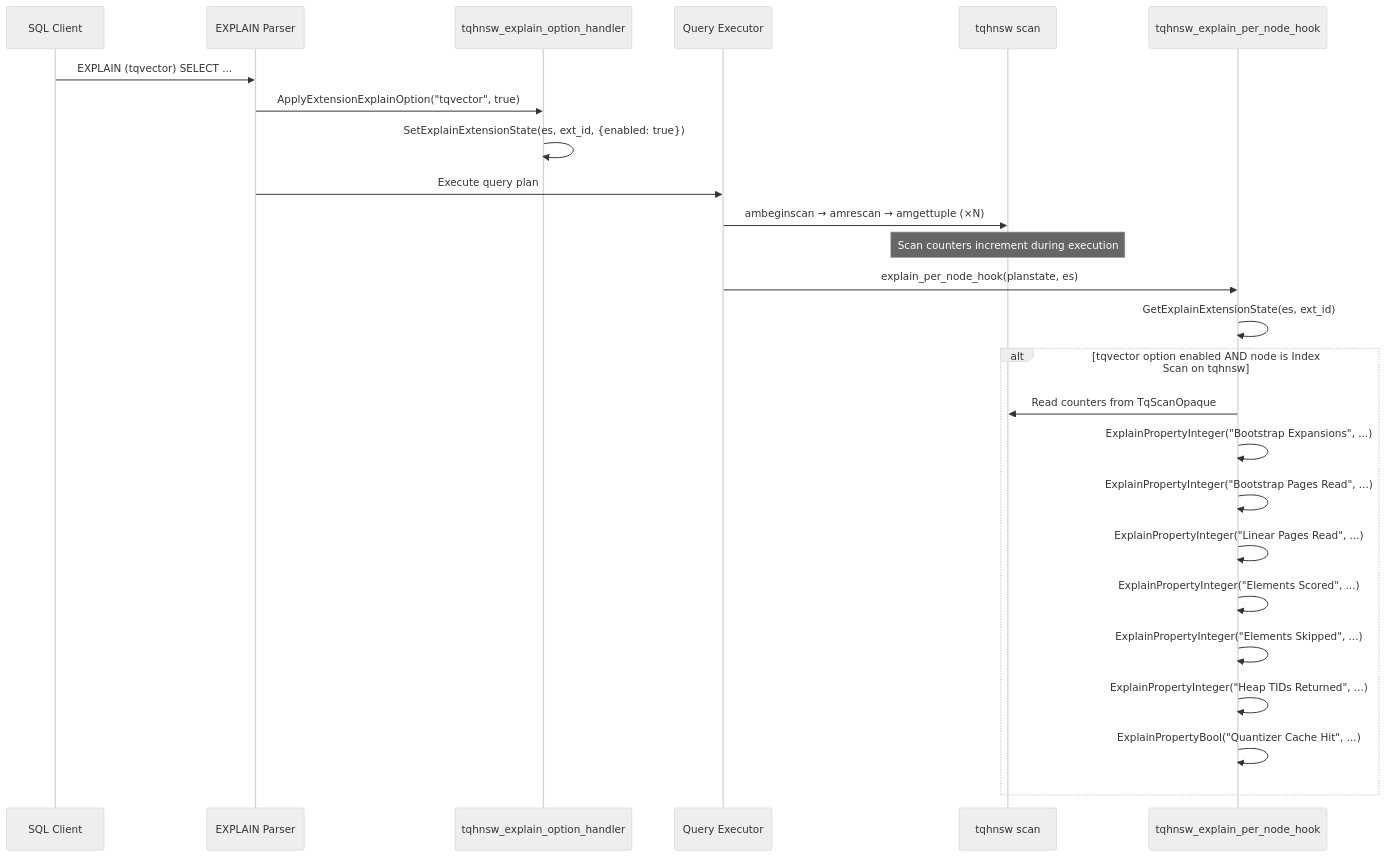
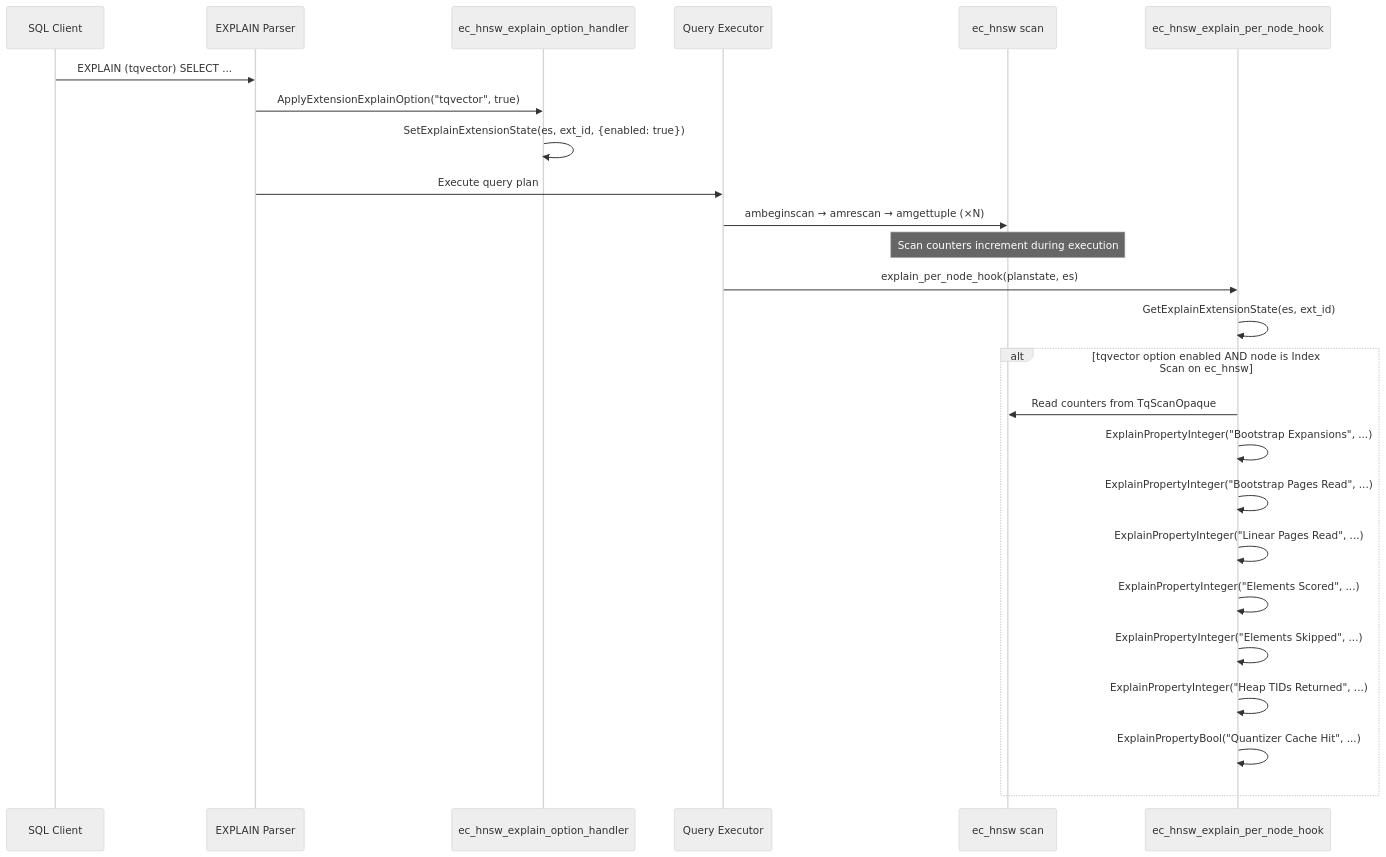
The diagram in spec/functional/FR-024-custom-explain.md (agent-ix/ecaz), drawn with Mermaid (neutral theme) before and after one commit. The commit also changed other lines of this file and 107 other files, not shown here.

````diff
--- a/spec/functional/FR-024-custom-explain.md
+++ b/spec/functional/FR-024-custom-explain.md
@@ -97,31 +97,31 @@
 ```mermaid
 sequenceDiagram
     participant User as SQL Client
     participant Parser as EXPLAIN Parser
-    participant Hook as tqhnsw_explain_option_handler
+    participant Hook as ec_hnsw_explain_option_handler
     participant Exec as Query Executor
-    participant Scan as tqhnsw scan
-    participant Node as tqhnsw_explain_per_node_hook
+    participant Scan as ec_hnsw scan
+    participant Node as ec_hnsw_explain_per_node_hook
 
     User->>Parser: EXPLAIN (tqvector) SELECT ...
     Parser->>Hook: ApplyExtensionExplainOption("tqvector", true)
     Hook->>Hook: SetExplainExtensionState(es, ext_id, {enabled: true})
 
     Parser->>Exec: Execute query plan
 
     Exec->>Scan: ambeginscan → amrescan → amgettuple (×N)
     Note over Scan: Scan counters increment during execution
 
     Exec->>Node: explain_per_node_hook(planstate, es)
     Node->>Node: GetExplainExtensionState(es, ext_id)
-    alt tqvector option enabled AND node is Index Scan on tqhnsw
+    alt tqvector option enabled AND node is Index Scan on ec_hnsw
         Node->>Scan: Read counters from TqScanOpaque
         Node->>Node: ExplainPropertyInteger("Bootstrap Expansions", ...)
         Node->>Node: ExplainPropertyInteger("Bootstrap Pages Read", ...)
         Node->>Node: ExplainPropertyInteger("Linear Pages Read", ...)
         Node->>Node: ExplainPropertyInteger("Elements Scored", ...)
         Node->>Node: ExplainPropertyInteger("Elements Skipped", ...)
         Node->>Node: ExplainPropertyInteger("Heap TIDs Returned", ...)
         Node->>Node: ExplainPropertyBool("Quantizer Cache Hit", ...)
     end
 ```
````
